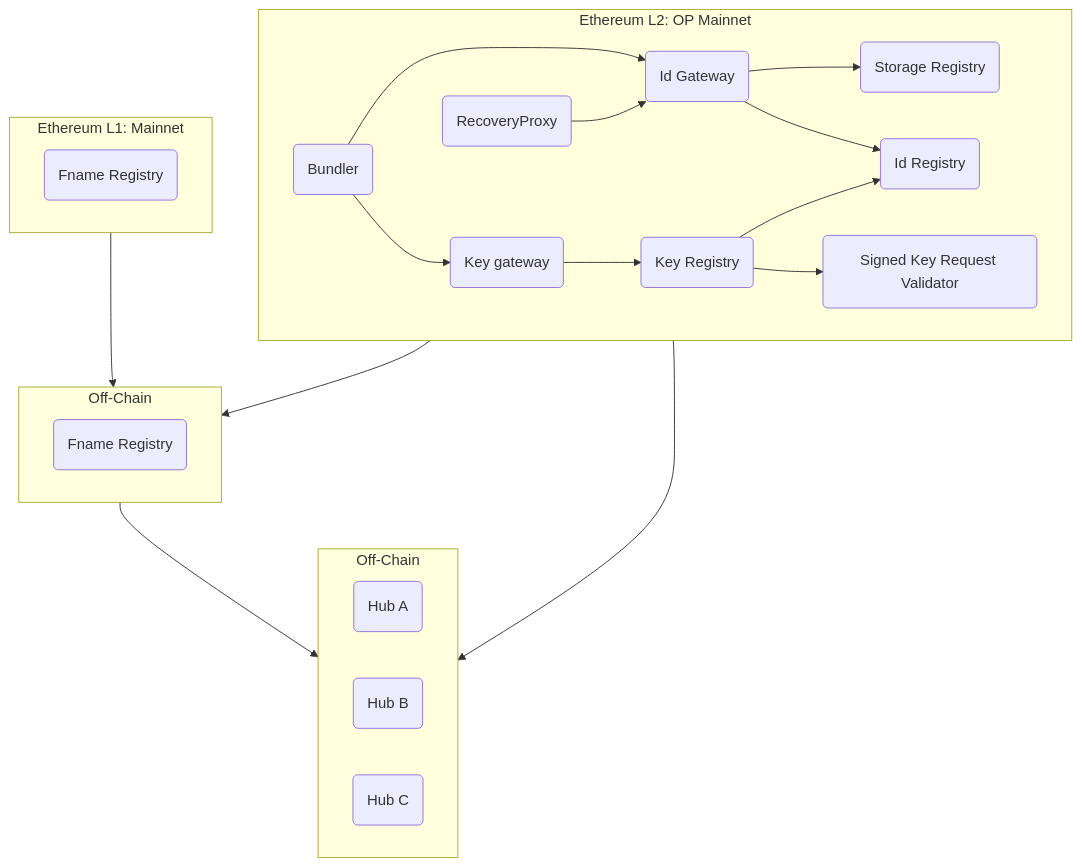
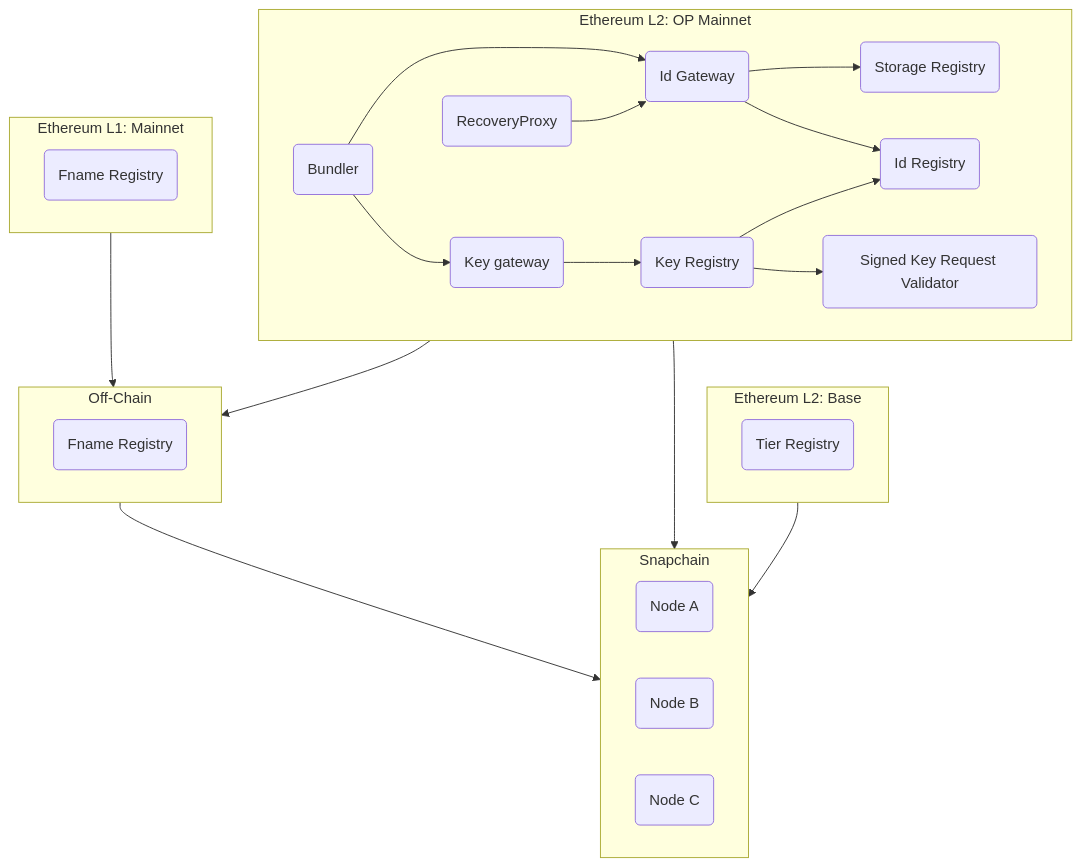
Before and after one commit to farcasterxyz/contracts: the first of 3 diagrams in docs/docs.md, drawn with Mermaid. The commit also changed other lines of this file, not shown here.

Commit message:
chore: update mermaid diagram (#483)

````diff
--- a/docs/docs.md
+++ b/docs/docs.md
@@ -7,36 +7,38 @@
 ```mermaid
 
 graph TD
-
     subgraph ETHL1["Ethereum L1: Mainnet"]
     FR(Fname Registry)
     end
 
     subgraph Offchain["Off-Chain"]
     FS(Fname Registry)
     end
 
-    subgraph Hubs["Off-Chain"]
-    Hub1(Hub A)
-    Hub2(Hub B)
-    Hub3(Hub C)
+    subgraph Snapchain["Snapchain"]
+    NodeA(Node A)
+    NodeB(Node B)
+    NodeC(Node C)
     end
 
-    subgraph ETHL2["Ethereum L2: OP Mainnet"]
+    subgraph OP["Ethereum L2: OP Mainnet"]
     BN(Bundler) --> IG(Id Gateway)
     BN --> KG(Key gateway)
     IG --> SR(Storage Registry)
     IG --> IR(Id Registry)
     KG --> KR(Key Registry)
     KR --> SKRV(Signed Key Request Validator)
     KR --> IR
     RP(RecoveryProxy) --> IG
-
     end
 
+    subgraph Base["Ethereum L2: Base"]
+    TR(Tier Registry)
+    end
 
     ETHL1 --> Offchain
-    ETHL2 --> Offchain
-    Offchain --> Hubs
-    ETHL2 --> Hubs
+    OP --> Offchain
+    Offchain --> Snapchain
+    OP --> Snapchain
+    Base --> Snapchain
 ```
````
